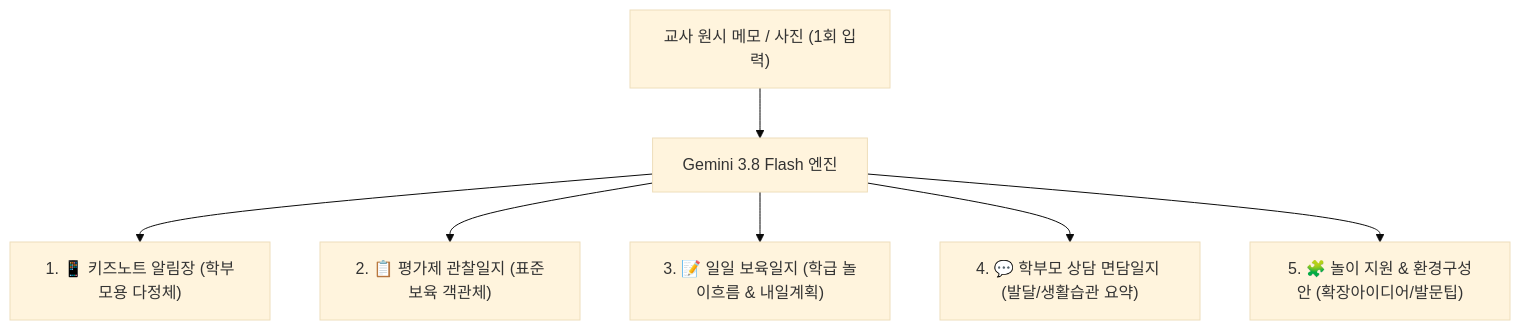
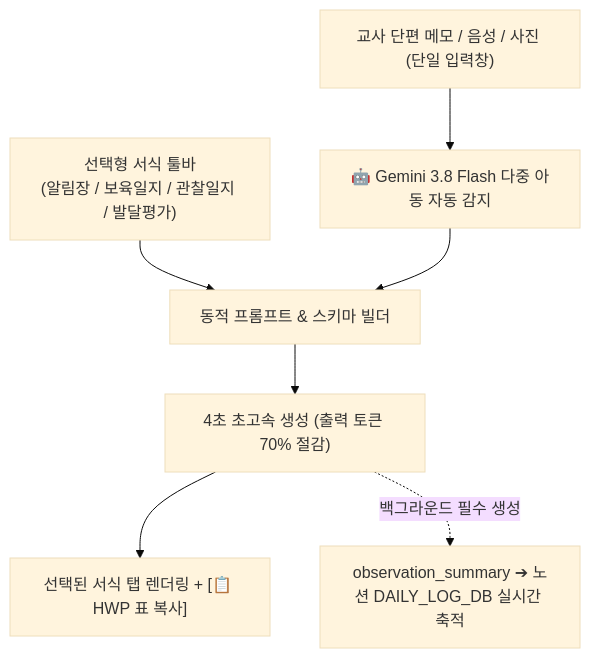
One commit to awslike6-web/daycare-helper changed the first of 3 diagrams in docs/daycare_spec.md. Above: the diagram before and after it, drawn with Mermaid (base theme). The commit also changed other lines of this file and 1 other file, not shown here.

````diff
--- a/docs/daycare_spec.md
+++ b/docs/daycare_spec.md
@@ -33,9 +25,9 @@
 ```mermaid
 flowchart TD
-    Memo["교사 원시 메모 / 사진 (1회 입력)"] --> Engine["Gemini 3.8 Flash 엔진"]
-    Engine --> F1["1. 📱 키즈노트 알림장 (학부모용 다정체)"]
-    Engine --> F2["2. 📋 평가제 관찰일지 (표준보육 객관체)"]
-    Engine --> F3["3. 📝 일일 보육일지 (학급 놀이흐름 & 내일계획)"]
-    Engine --> F4["4. 💬 학부모 상담 면담일지 (발달/생활습관 요약)"]
-    Engine --> F5["5. 🧩 놀이 지원 & 환경구성안 (확장아이디어/발문팁)"]
+    Input["교사 단편 메모 / 음성 / 사진 (단일 입력창)"] --> Detector["🤖 Gemini 3.8 Flash 다중 아동 자동 감지"]
+    Toolbar["선택형 서식 툴바<br/>(알림장 / 보육일지 / 관찰일지 / 발달평가)"] --> PromptBuilder["동적 프롬프트 & 스키마 빌더"]
+    Detector --> PromptBuilder
+    PromptBuilder --> Gen["4초 초고속 생성 (출력 토큰 70% 절감)"]
+    Gen --> UI["선택된 서식 탭 렌더링 + [📋 HWP 표 복사]"]
+    Gen -.->|"백그라운드 필수 생성"| NotionSync["observation_summary ➔ 노션 DAILY_LOG_DB 실시간 축적"]
 ```
````
